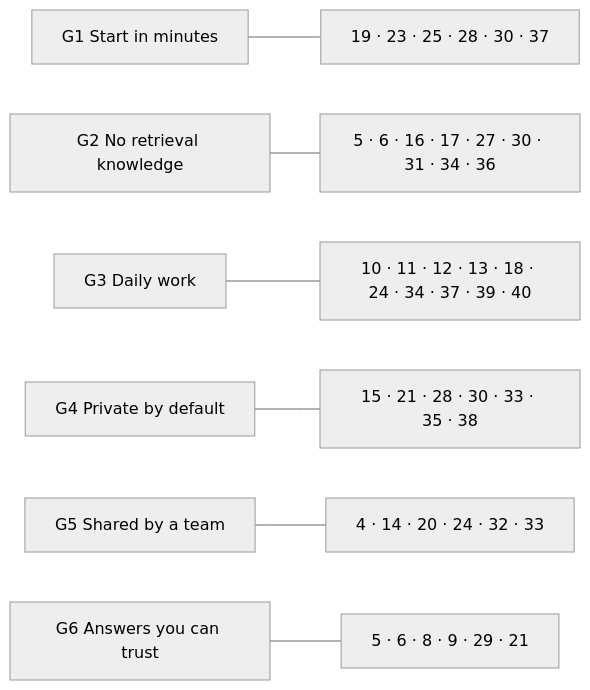
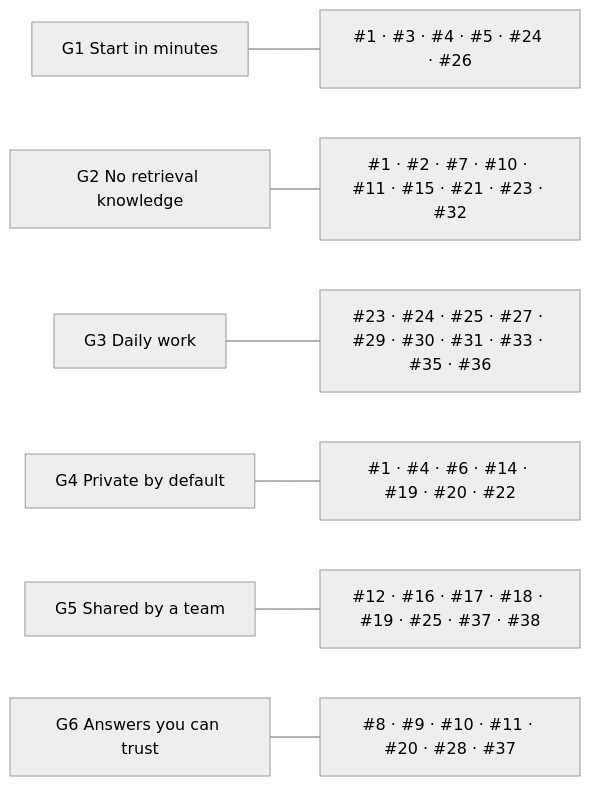
The first of 2 diagrams in docs/IMPROVEMENTS.md (boudou/StrataKB), drawn with Mermaid (neutral theme) before and after one commit. The commit also changed other lines of this file and 5 other files, not shown here.

First line of the commit message:
Move the roadmap to GitHub issues

````diff
--- a/docs/IMPROVEMENTS.md
+++ b/docs/IMPROVEMENTS.md
@@ -26,9 +22,9 @@
 ```mermaid
 flowchart LR
-    G1["G1 Start in minutes"] --- i1["19 · 23 · 25 · 28 · 30 · 37"]
-    G2["G2 No retrieval knowledge"] --- i2["5 · 6 · 16 · 17 · 27 · 30 · 31 · 34 · 36"]
-    G3["G3 Daily work"] --- i3["10 · 11 · 12 · 13 · 18 · 24 · 34 · 37 · 39 · 40"]
-    G4["G4 Private by default"] --- i4["15 · 21 · 28 · 30 · 33 · 35 · 38"]
-    G5["G5 Shared by a team"] --- i5["4 · 14 · 20 · 24 · 32 · 33"]
-    G6["G6 Answers you can trust"] --- i6["5 · 6 · 8 · 9 · 29 · 21"]
+    G1["G1 Start in minutes"] --- i1["#1 · #3 · #4 · #5 · #24 · #26"]
+    G2["G2 No retrieval knowledge"] --- i2["#1 · #2 · #7 · #10 · #11 · #15 · #21 · #23 · #32"]
+    G3["G3 Daily work"] --- i3["#23 · #24 · #25 · #27 · #29 · #30 · #31 · #33 · #35 · #36"]
+    G4["G4 Private by default"] --- i4["#1 · #4 · #6 · #14 · #19 · #20 · #22"]
+    G5["G5 Shared by a team"] --- i5["#12 · #16 · #17 · #18 · #19 · #25 · #37 · #38"]
+    G6["G6 Answers you can trust"] --- i6["#8 · #9 · #10 · #11 · #20 · #28 · #37"]
 ```
````
